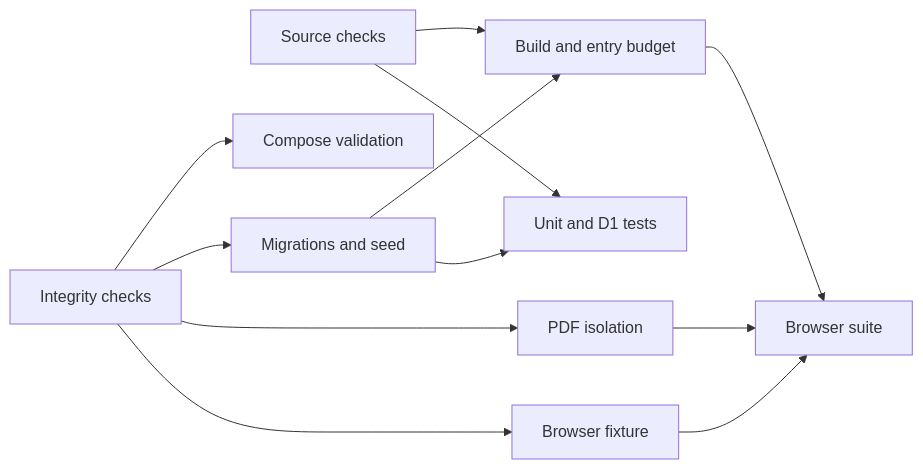
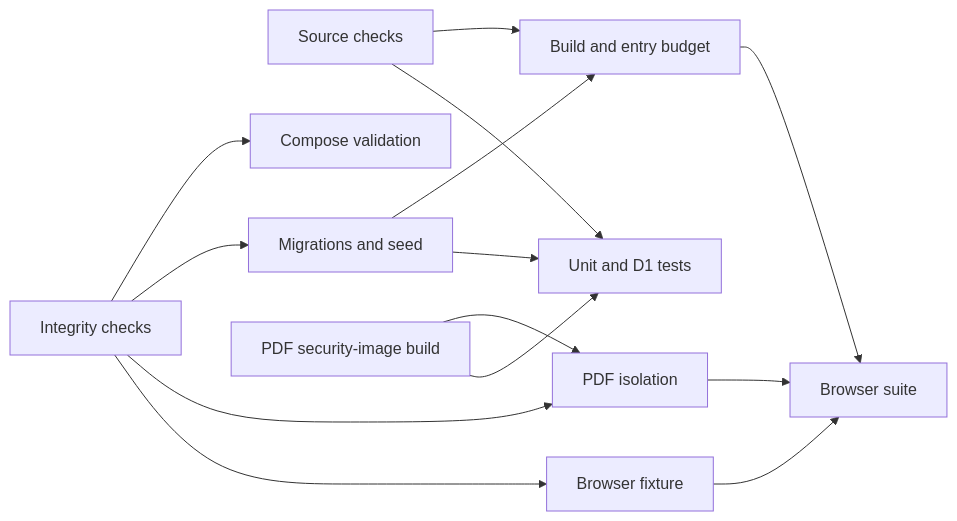
One commit to cyyapye/keel-fi changed the diagram in docs/engineering/ci-performance.md. Above: the diagram before and after it, drawn with Mermaid. The commit also changed other lines of this file and 6 other files, not shown here.

Commit message:
Overlap PDF security refresh with independent verification

````diff
--- a/docs/engineering/ci-performance.md
+++ b/docs/engineering/ci-performance.md
@@ -90,14 +92,16 @@
 ```mermaid
 flowchart LR
   source[Source checks] --> build[Build and entry budget]
   integrity[Integrity checks] --> compose[Compose validation]
   integrity --> migrations[Migrations and seed]
   integrity --> pdf[PDF isolation]
+  pdfBuild[PDF security-image build] --> pdf
+  pdfBuild --> unit
   integrity --> browserFixture[Browser fixture]
   migrations --> build
   source --> unit[Unit and D1 tests]
   migrations --> unit
   build --> browser[Browser suite]
   pdf --> browser
   browserFixture --> browser
 ```
````
